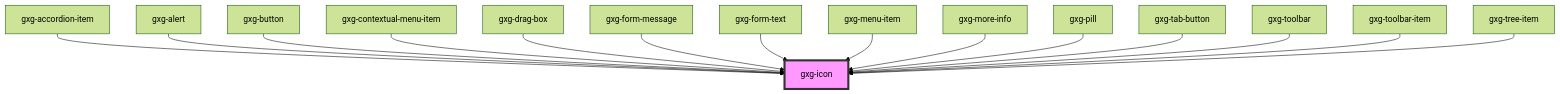
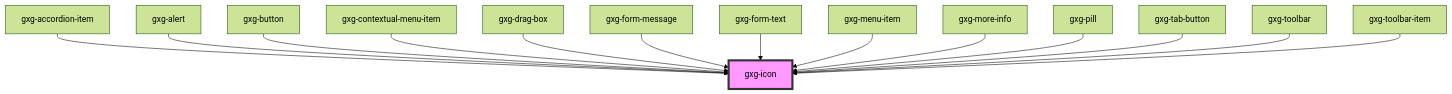
Before and after one commit to genexuslabs/gemini: the diagram in src/components/icon/readme.md, drawn with Mermaid (forest theme). The commit also changed other lines of this file and 20 other files, not shown here.

````diff
--- a/src/components/icon/readme.md
+++ b/src/components/icon/readme.md
@@ -35,18 +34,17 @@
 ```mermaid
 graph TD;
   gxg-accordion-item --> gxg-icon
   gxg-alert --> gxg-icon
   gxg-button --> gxg-icon
   gxg-contextual-menu-item --> gxg-icon
   gxg-drag-box --> gxg-icon
   gxg-form-message --> gxg-icon
   gxg-form-text --> gxg-icon
   gxg-menu-item --> gxg-icon
   gxg-more-info --> gxg-icon
   gxg-pill --> gxg-icon
   gxg-tab-button --> gxg-icon
   gxg-toolbar --> gxg-icon
   gxg-toolbar-item --> gxg-icon
-  gxg-tree-item --> gxg-icon
   style gxg-icon fill:#f9f,stroke:#333,stroke-width:4px
 ```
````
